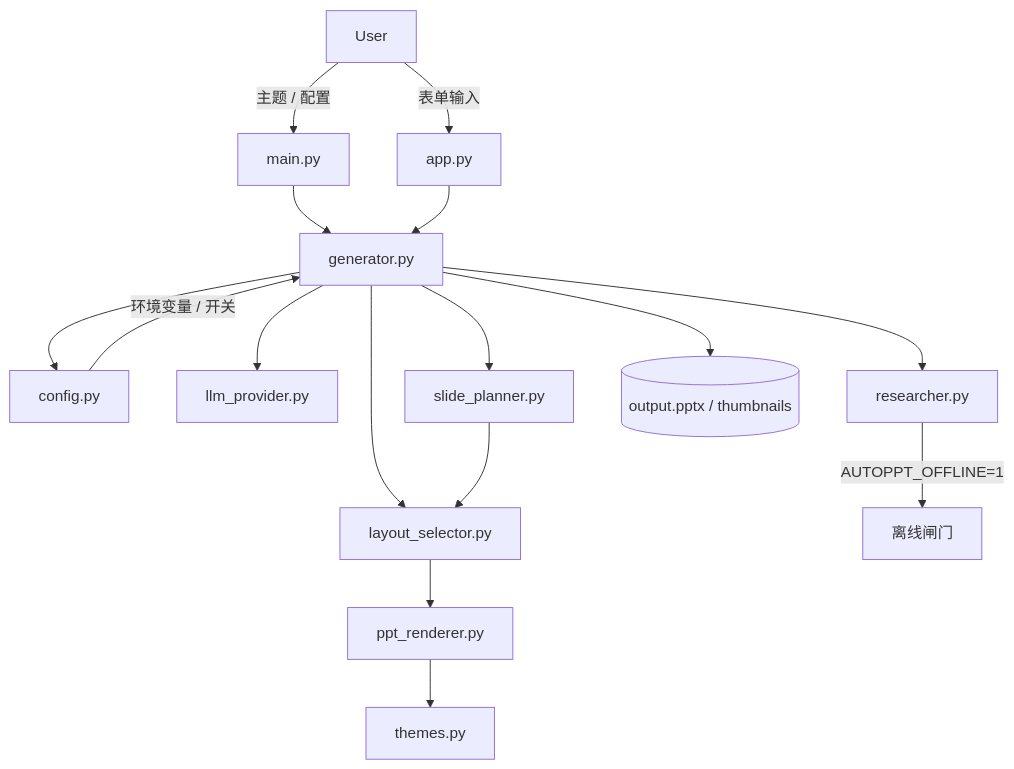
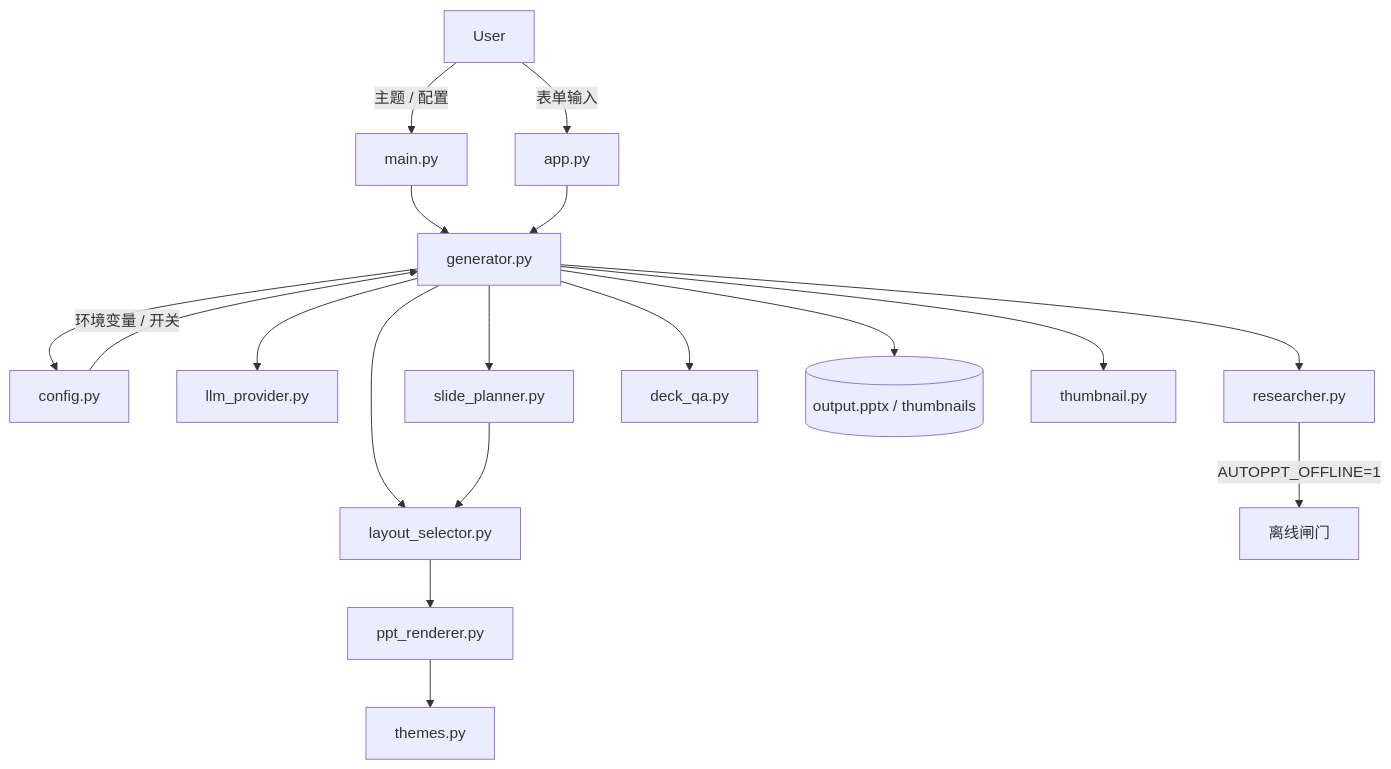
The diagram in docs/architecture.zh-CN.md (yeasy/AutoPPT), drawn with Mermaid before and after one commit. The commit also changed other lines of this file and 2 other files, not shown here.

Commit message:
Update architecture docs and changelog

````diff
--- a/docs/architecture.zh-CN.md
+++ b/docs/architecture.zh-CN.md
@@ -18,18 +18,20 @@
 ```mermaid
 flowchart TD
     User -->|主题 / 配置| CLI[main.py]
     User -->|表单输入| UI[app.py]
     CLI --> Generator[generator.py]
     UI --> Generator
     Generator --> Config[config.py]
     Generator --> Provider[llm_provider.py]
     Generator --> Researcher[researcher.py]
     Generator --> Planner[slide_planner.py]
     Generator --> LayoutSelector[layout_selector.py]
     Planner --> LayoutSelector
     LayoutSelector --> Renderer[ppt_renderer.py]
     Renderer --> Themes[themes.py]
     Config -->|环境变量 / 开关| Generator
     Researcher -->|AUTOPPT_OFFLINE=1| Offline[离线闸门]
+    Generator --> DeckQA[deck_qa.py]
     Generator --> Output[(output.pptx / thumbnails)]
+    Generator --> Thumbnail[thumbnail.py]
 ```
````
